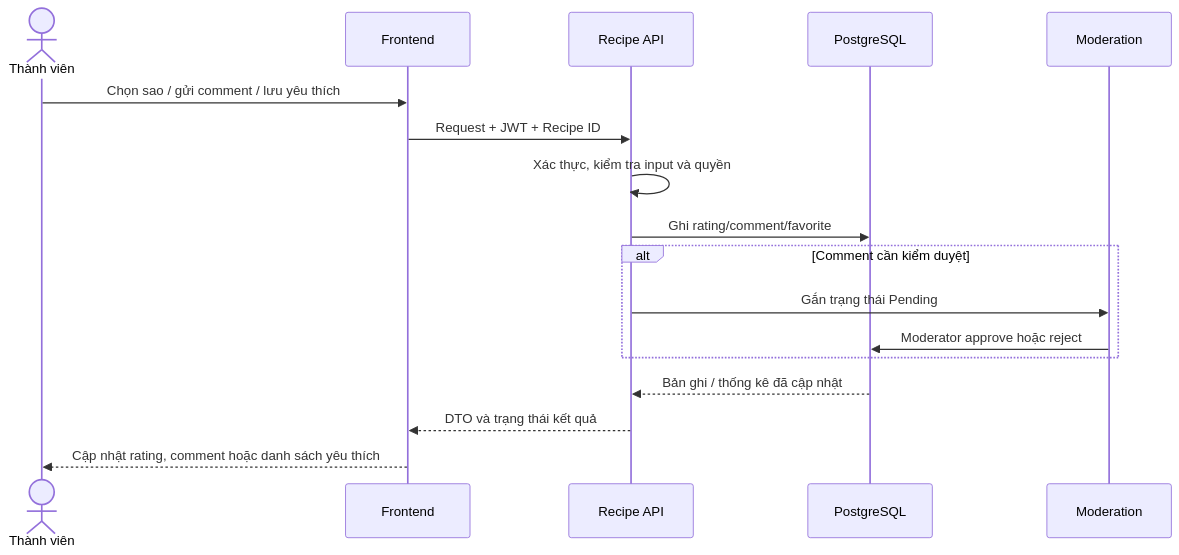
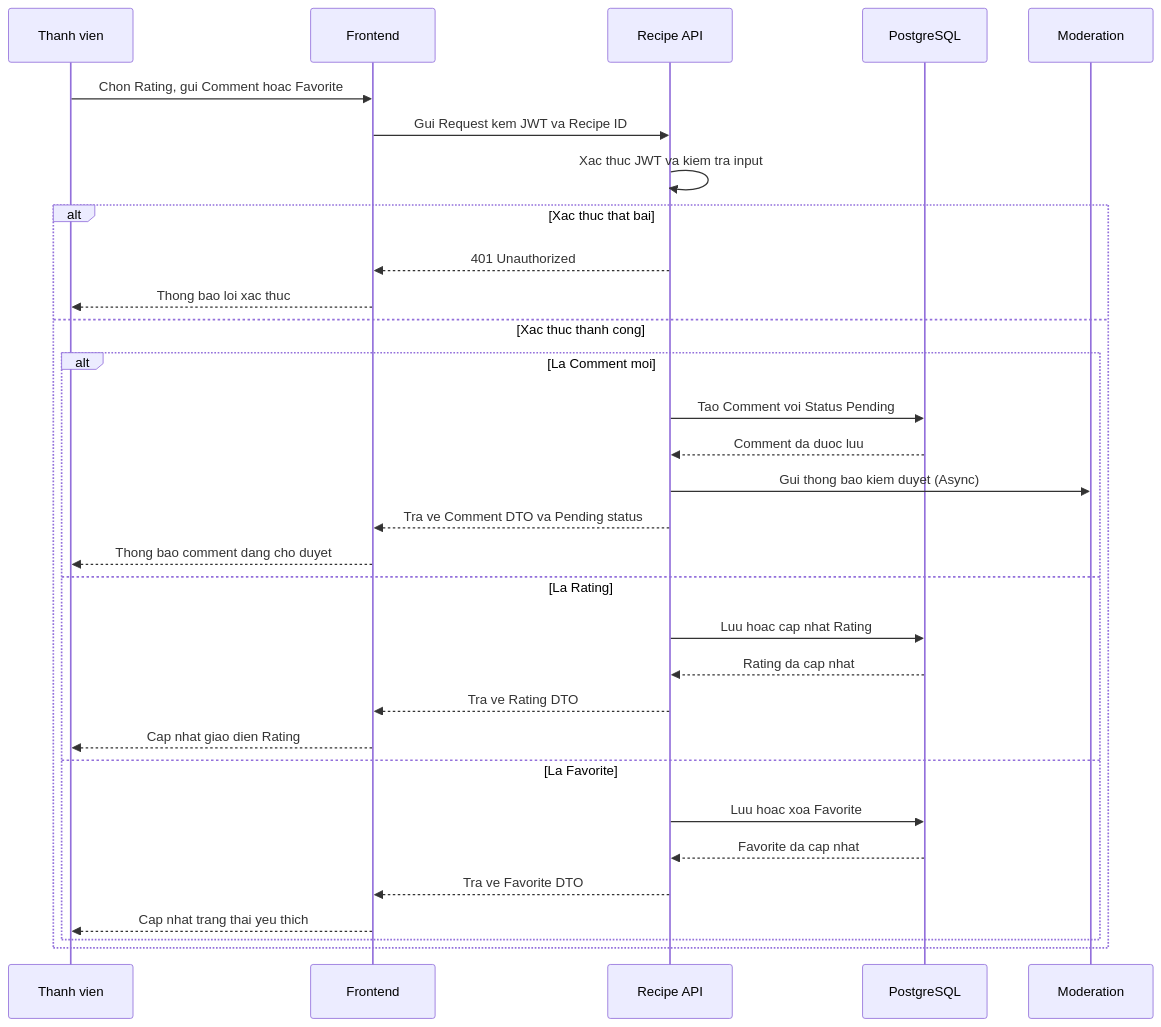
The third of 8 diagrams in README.md (Benz2311/PTUDWNC-2026-Nhom12), drawn with Mermaid before and after one commit. The commit also changed other lines of this file and 48 other files, not shown here.

````diff
--- a/README.md
+++ b/README.md
@@ -439,19 +439,39 @@
 ```mermaid
+
 sequenceDiagram
-    actor M as Thành viên
+    participant M as Thanh vien
     participant UI as Frontend
     participant API as Recipe API
     participant DB as PostgreSQL
     participant MOD as Moderation
-    M->>UI: Chọn sao / gửi comment / lưu yêu thích
-    UI->>API: Request + JWT + Recipe ID
-    API->>API: Xác thực, kiểm tra input và quyền
-    API->>DB: Ghi rating/comment/favorite
-    alt Comment cần kiểm duyệt
-        API->>MOD: Gắn trạng thái Pending
-        MOD->>DB: Moderator approve hoặc reject
+
+    M->>UI: Chon Rating, gui Comment hoac Favorite
+    UI->>API: Gui Request kem JWT va Recipe ID
+    API->>API: Xac thuc JWT va kiem tra input
+
+    alt Xac thuc that bai
+        API-->>UI: 401 Unauthorized
+        UI-->>M: Thong bao loi xac thuc
+    else Xac thuc thanh cong
+        alt La Comment moi
+            API->>DB: Tao Comment voi Status Pending
+            DB-->>API: Comment da duoc luu
+            API->>MOD: Gui thong bao kiem duyet (Async)
+            API-->>UI: Tra ve Comment DTO va Pending status
+            UI-->>M: Thong bao comment dang cho duyet
+
+        else La Rating
+            API->>DB: Luu hoac cap nhat Rating
+            DB-->>API: Rating da cap nhat
+            API-->>UI: Tra ve Rating DTO
+            UI-->>M: Cap nhat giao dien Rating
+
+        else La Favorite
+            API->>DB: Luu hoac xoa Favorite
+            DB-->>API: Favorite da cap nhat
+            API-->>UI: Tra ve Favorite DTO
+            UI-->>M: Cap nhat trang thai yeu thich
+        end
     end
-    DB-->>API: Bản ghi / thống kê đã cập nhật
-    API-->>UI: DTO và trạng thái kết quả
-    UI-->>M: Cập nhật rating, comment hoặc danh sách yêu thích
+
 ```
````
